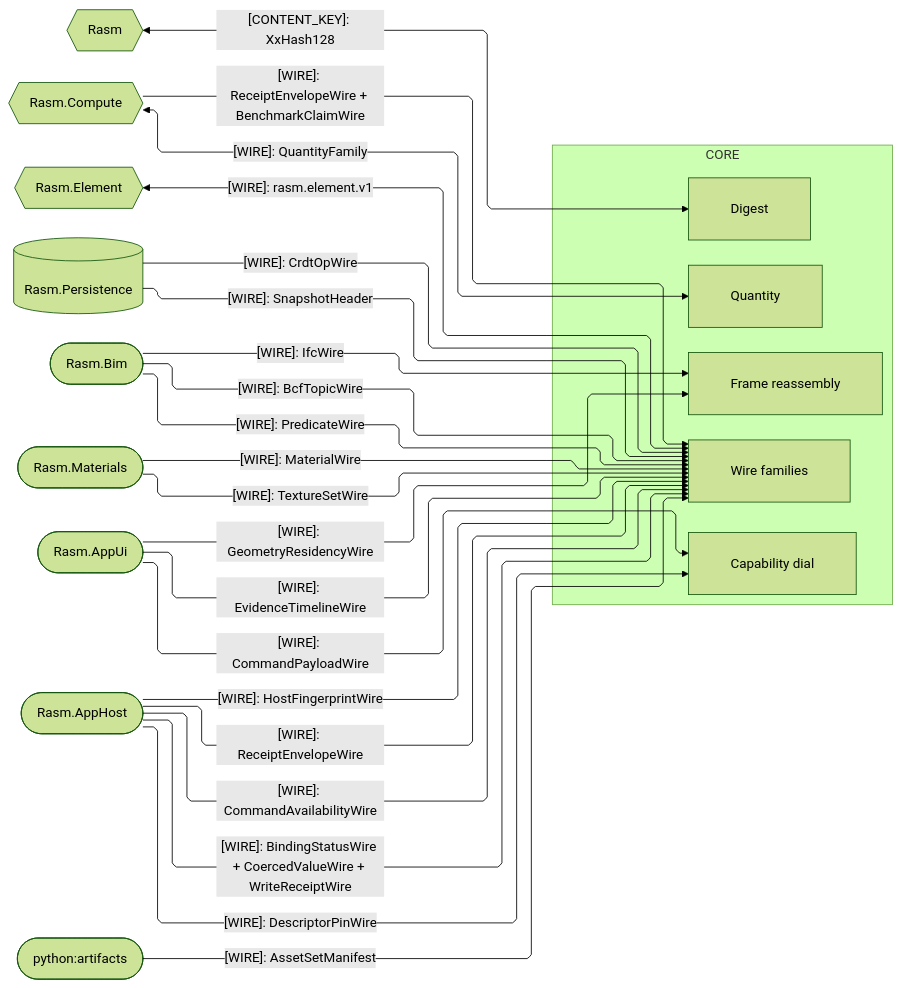
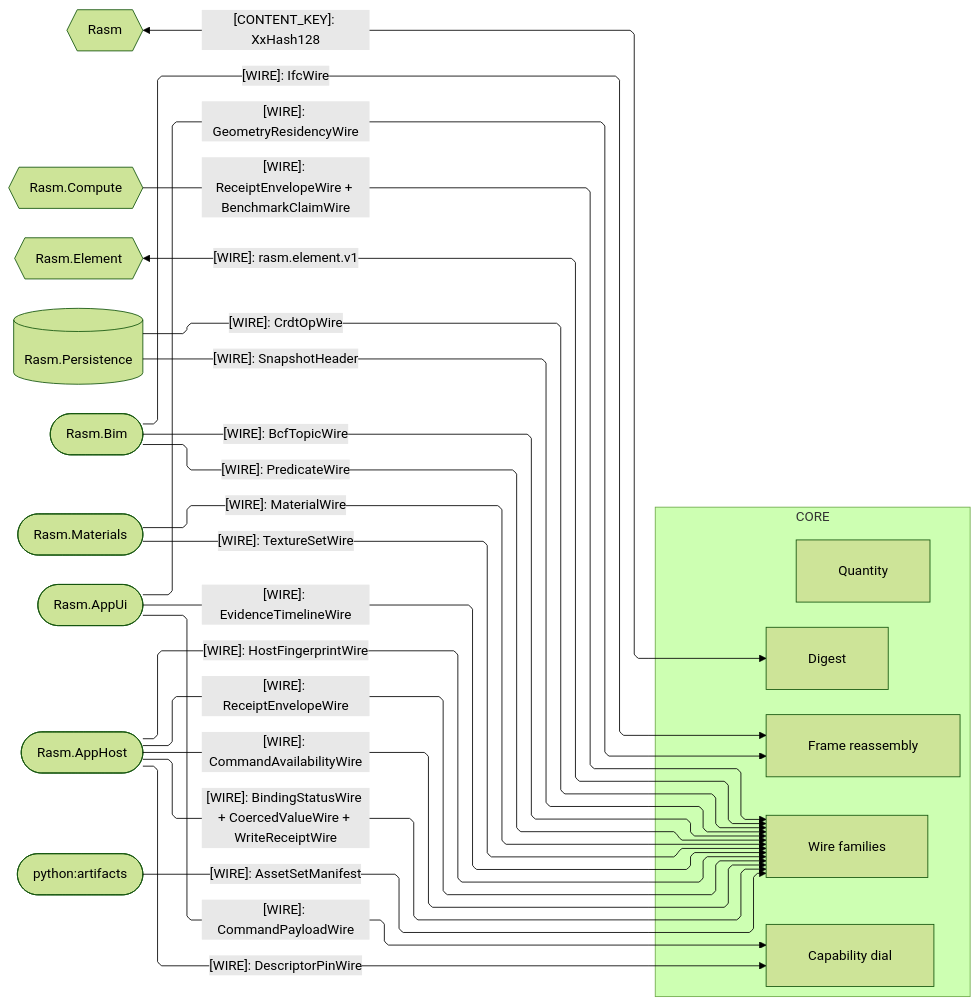
The second of 4 diagrams in libs/typescript/core/ARCHITECTURE.md (bsamiee/Rasm), drawn with Mermaid (forest theme) before and after one commit. The commit also changed 55 other files, not shown here.

````diff
--- a/libs/typescript/core/ARCHITECTURE.md
+++ b/libs/typescript/core/ARCHITECTURE.md
@@ -127,48 +127,47 @@
 ```mermaid
 ---
 config:
   layout: elk
   flowchart:
     curve: linear
     padding: 25
 ---
 flowchart LR
     accTitle: Core wire-plane seam registry
     accDescr: Wire, Frame, and Invoke admit peer-owned contracts; every external edge preserves its producer spelling.
     subgraph core[CORE]
         Digest[Digest]
         Quantity[Quantity]
         Wire[Wire families]
         Frame[Frame reassembly]
         Invoke[Capability dial]
     end
     Rasm{{Rasm}}
     Compute{{Rasm.Compute}}
     Element{{Rasm.Element}}
     Persistence[(Rasm.Persistence)]
     Bim([Rasm.Bim])
     Materials([Rasm.Materials])
     AppUi([Rasm.AppUi])
     AppHost([Rasm.AppHost])
     Artifacts([python:artifacts])
     Rasm e1@<-->|"[CONTENT_KEY]: XxHash128"| Digest
-    Compute e2@<-->|"[WIRE]: QuantityFamily"| Quantity
-    Compute e3@-->|"[WIRE]: ReceiptEnvelopeWire + BenchmarkClaimWire"| Wire
-    Element e4@<-->|"[WIRE]: rasm.element.v1"| Wire
-    Persistence e5@-->|"[WIRE]: CrdtOpWire"| Wire
-    Persistence e6@-->|"[WIRE]: SnapshotHeader"| Wire
-    Bim e7@-->|"[WIRE]: IfcWire"| Frame
-    Bim e8@-->|"[WIRE]: BcfTopicWire"| Wire
-    Bim e9@-->|"[WIRE]: PredicateWire"| Wire
-    Materials e10@-->|"[WIRE]: MaterialWire"| Wire
-    Materials e11@-->|"[WIRE]: TextureSetWire"| Wire
-    Artifacts e12@-->|"[WIRE]: AssetSetManifest"| Wire
-    AppUi e13@-->|"[WIRE]: CommandPayloadWire"| Invoke
-    AppUi e14@-->|"[WIRE]: GeometryResidencyWire"| Frame
-    AppUi e15@-->|"[WIRE]: EvidenceTimelineWire"| Wire
-    AppHost e16@-->|"[WIRE]: DescriptorPinWire"| Invoke
-    AppHost e17@-->|"[WIRE]: ReceiptEnvelopeWire"| Wire
-    AppHost e18@-->|"[WIRE]: CommandAvailabilityWire"| Wire
-    AppHost e19@-->|"[WIRE]: BindingStatusWire + CoercedValueWire + WriteReceiptWire"| Wire
-    AppHost e20@-->|"[WIRE]: HostFingerprintWire"| Wire
+    Compute e2@-->|"[WIRE]: ReceiptEnvelopeWire + BenchmarkClaimWire"| Wire
+    Element e3@<-->|"[WIRE]: rasm.element.v1"| Wire
+    Persistence e4@-->|"[WIRE]: CrdtOpWire"| Wire
+    Persistence e5@-->|"[WIRE]: SnapshotHeader"| Wire
+    Bim e6@-->|"[WIRE]: IfcWire"| Frame
+    Bim e7@-->|"[WIRE]: BcfTopicWire"| Wire
+    Bim e8@-->|"[WIRE]: PredicateWire"| Wire
+    Materials e9@-->|"[WIRE]: MaterialWire"| Wire
+    Materials e10@-->|"[WIRE]: TextureSetWire"| Wire
+    Artifacts e11@-->|"[WIRE]: AssetSetManifest"| Wire
+    AppUi e12@-->|"[WIRE]: CommandPayloadWire"| Invoke
+    AppUi e13@-->|"[WIRE]: GeometryResidencyWire"| Frame
+    AppUi e14@-->|"[WIRE]: EvidenceTimelineWire"| Wire
+    AppHost e15@-->|"[WIRE]: DescriptorPinWire"| Invoke
+    AppHost e16@-->|"[WIRE]: ReceiptEnvelopeWire"| Wire
+    AppHost e17@-->|"[WIRE]: CommandAvailabilityWire"| Wire
+    AppHost e18@-->|"[WIRE]: BindingStatusWire + CoercedValueWire + WriteReceiptWire"| Wire
+    AppHost e19@-->|"[WIRE]: HostFingerprintWire"| Wire
 ```
````
